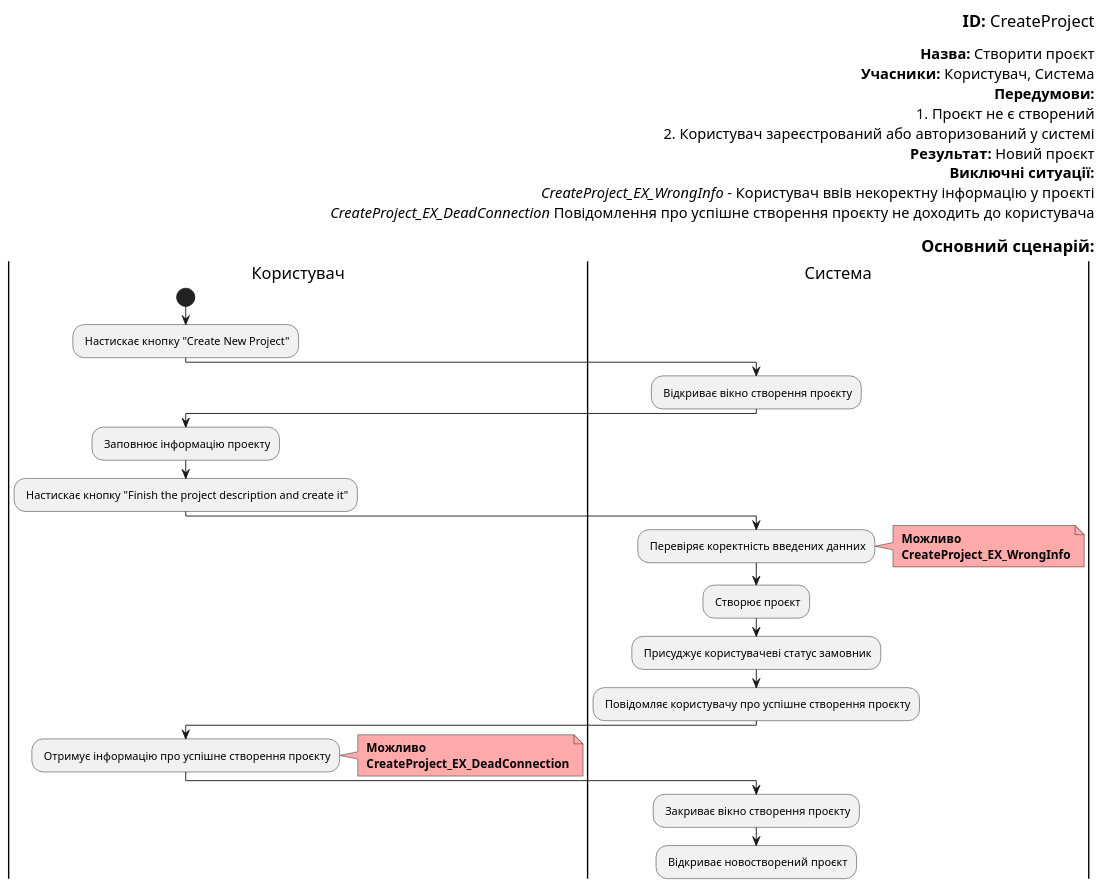
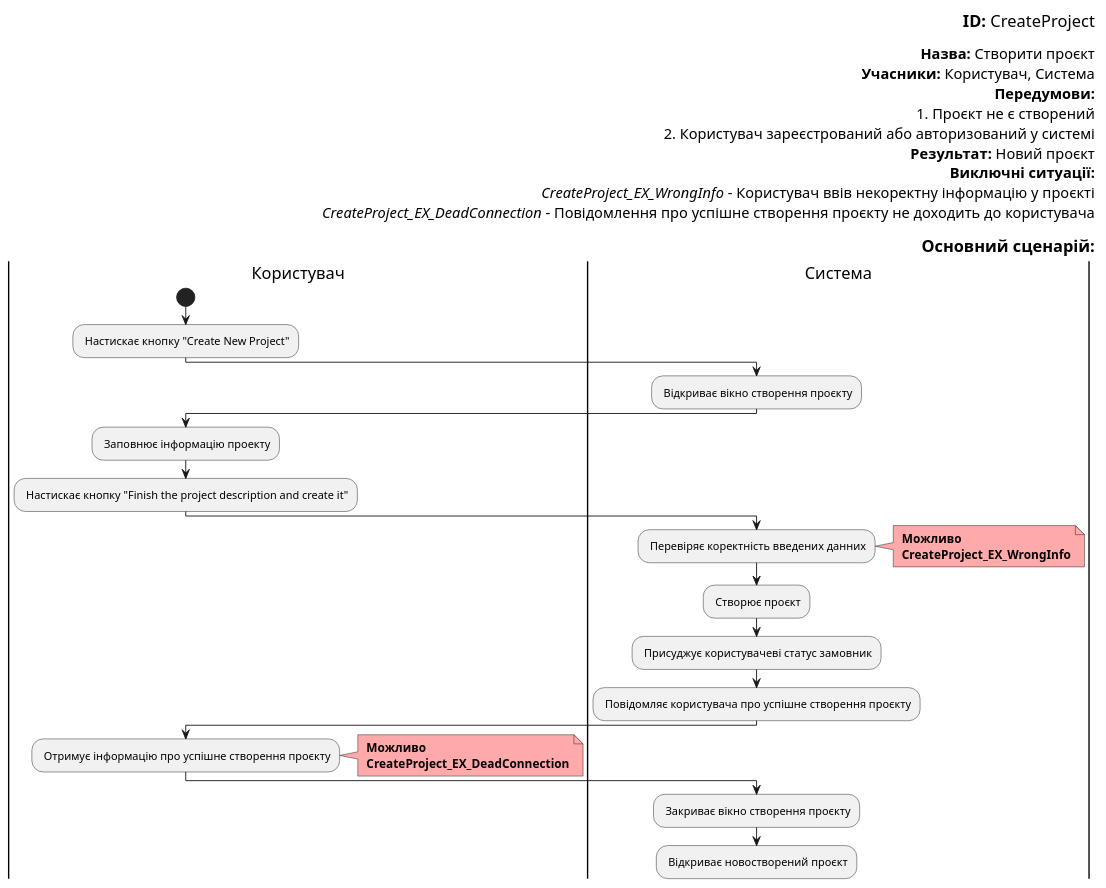
Before and after one commit to boldak/edu-db-cw: the eighth of 19 diagrams in docs/use cases/README.md, drawn with PlantUML. The commit also changed other lines of this file, not shown here.

```diff
--- a/docs/use cases/README.md
+++ b/docs/use cases/README.md
@@ -402,61 +402,61 @@
 @startuml
 
     right header        
         <font color=000 size=18><b>ID:</b> CreateProject
 
         <font color=000 size=16><b>Назва:</b> Створити проєкт
         <font color=000 size=16><b>Учасники:</b> Користувач, Система
         <font color=000 size=16><b>Передумови:</b> 
         <font color=000 size=16>1. Проєкт не є створений 
         <font color=000 size=16>2. Користувач зареєстрований або авторизований у системі
         <font color=000 size=16><b>Результат:</b> Новий проєкт
         <font color=000 size=16><b>Виключні ситуації:</b>
         <font color=000 size=16> <i>CreateProject_EX_WrongInfo</i> - Користувач ввів некоректну інформацію у проєкті
-        <font color=000 size=16> <i>CreateProject_EX_DeadConnection</i> Повідомлення про успішне створення проєкту не доходить до користувача
+        <font color=000 size=16> <i>CreateProject_EX_DeadConnection</i> - Повідомлення про успішне створення проєкту не доходить до користувача
         
         <font color=000 size=18><b>Основний сценарій:</b>
     end header
 
     |Користувач|
         start
         : Настискає кнопку "Create New Project";
         
     |Система|
         : Відкриває вікно створення проєкту;
         
     |Користувач|
         : Заповнює інформацію проекту;
 
     |Користувач|
         : Настискає кнопку "Finish the project description and create it";
         
     |Система|
         : Перевіряє коректність введених данних;
         note right #ffaaaa
         <b> Можливо
         <b> CreateProject_EX_WrongInfo
         end note
 
     |Система|
         : Створює проєкт;
         
     |Система|
         : Присуджує користувачеві статус замовник;
 
     |Система|
-        : Повідомляє користувачу про успішне створення проєкту;
+        : Повідомляє користувача про успішне створення проєкту;
 
     |Користувач|
         : Отримує інформацію про успішне створення проєкту;
         note right #ffaaaa
         <b> Можливо
         <b> CreateProject_EX_DeadConnection
         end note
 
     |Система|
         : Закриває вікно створення проєкту;
 
     |Система|
         : Відкриває новостворений проєкт;
 
 @enduml
```
